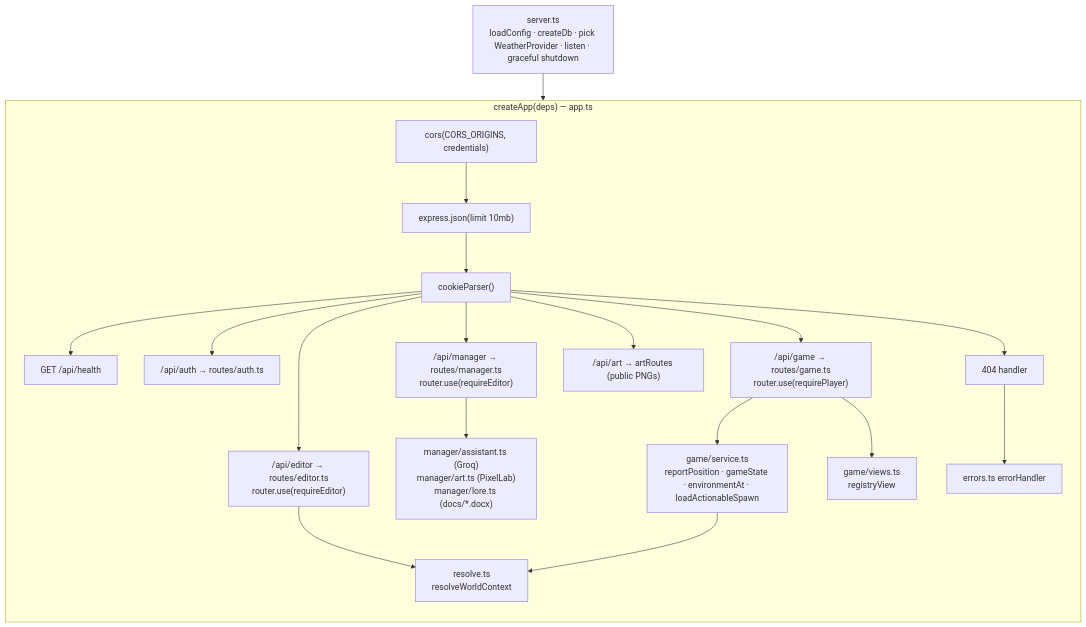
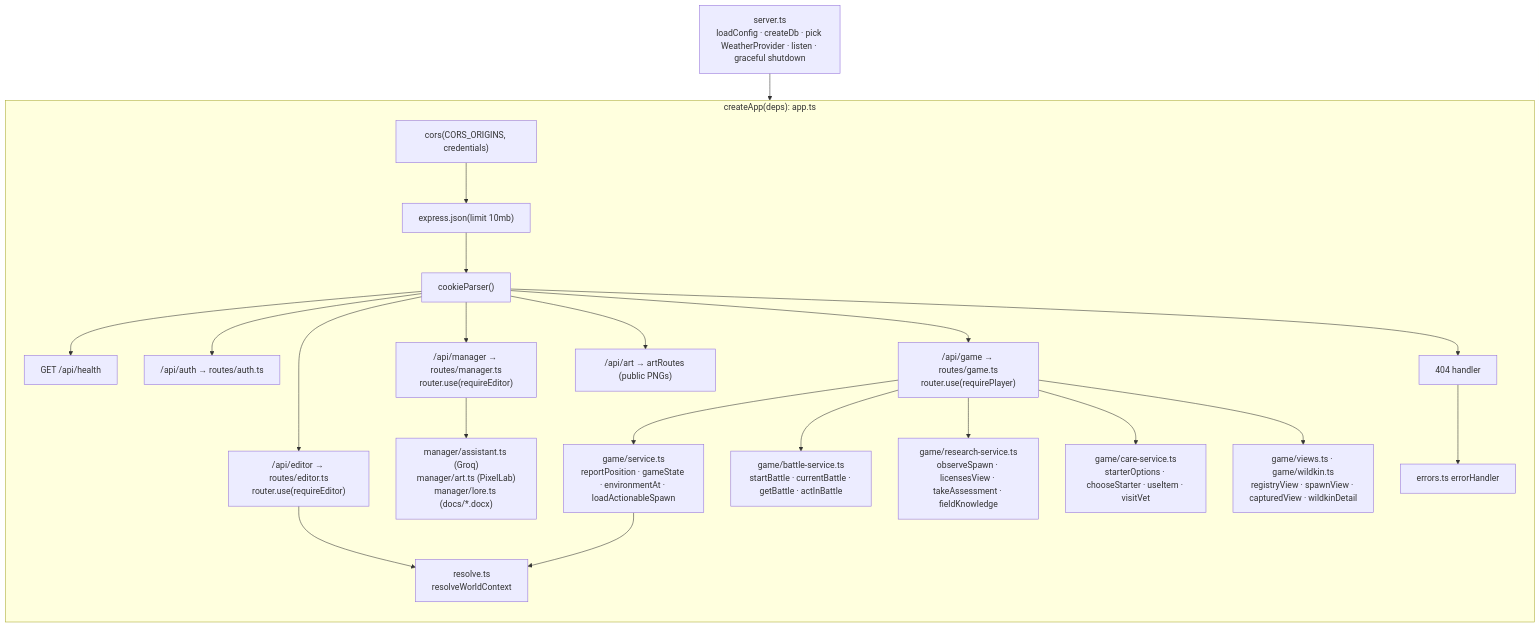
One commit to samceracas/wildbound changed the diagram in docs/04-api-reference.md. Above: the diagram before and after it, drawn with Mermaid. The commit also changed other lines of this file and 7 other files, not shown here.

````diff
--- a/docs/04-api-reference.md
+++ b/docs/04-api-reference.md
@@ -28,20 +32,23 @@
 ```mermaid
 flowchart TB
     server["server.ts<br/>loadConfig · createDb · pick WeatherProvider · listen · graceful shutdown"] --> app
-    subgraph app["createApp(deps) — app.ts"]
+    subgraph app["createApp(deps): app.ts"]
         direction TB
         m1["cors(CORS_ORIGINS, credentials)"] --> m2["express.json(limit 10mb)"] --> m3["cookieParser()"]
         m3 --> h["GET /api/health"]
         m3 --> ra["/api/auth → routes/auth.ts"]
         m3 --> rg["/api/game → routes/game.ts<br/>router.use(requirePlayer)"]
         m3 --> re["/api/editor → routes/editor.ts<br/>router.use(requireEditor)"]
         m3 --> rm["/api/manager → routes/manager.ts<br/>router.use(requireEditor)"]
         m3 --> rart["/api/art → artRoutes (public PNGs)"]
         rm --> mgr["manager/assistant.ts (Groq)<br/>manager/art.ts (PixelLab)<br/>manager/lore.ts (docs/*.docx)"]
         rg --> svc["game/service.ts<br/>reportPosition · gameState · environmentAt · loadActionableSpawn"]
-        rg --> views["game/views.ts<br/>registryView"]
+        rg --> bsvc["game/battle-service.ts<br/>startBattle · currentBattle · getBattle · actInBattle"]
+        rg --> rsvc["game/research-service.ts<br/>observeSpawn · licensesView · takeAssessment · fieldKnowledge"]
+        rg --> csvc["game/care-service.ts<br/>starterOptions · chooseStarter · useItem · visitVet"]
+        rg --> views["game/views.ts · game/wildkin.ts<br/>registryView · spawnView · capturedView · wildkinDetail"]
         re --> resolve["resolve.ts<br/>resolveWorldContext"]
         svc --> resolve
         m3 --> nf["404 handler"] --> eh["errors.ts errorHandler"]
     end
 ```
````
